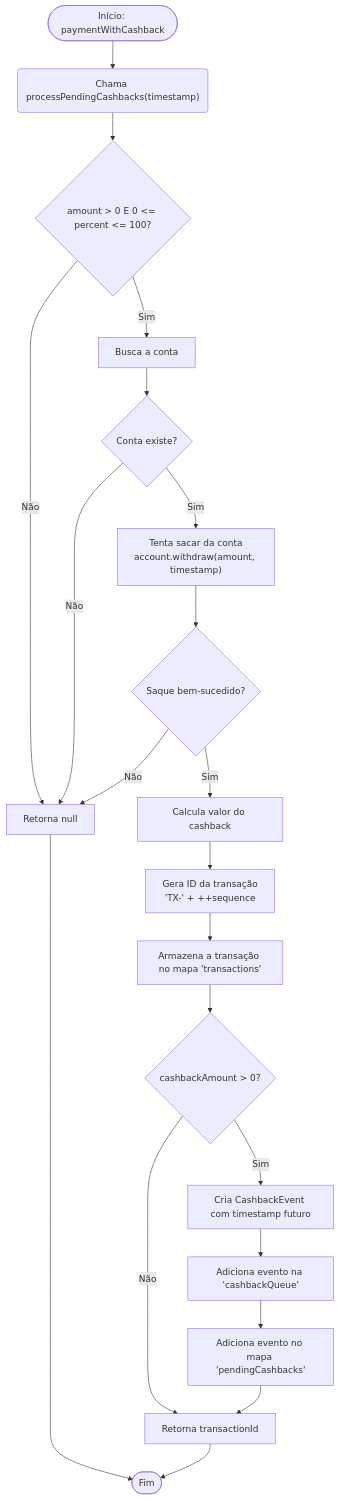
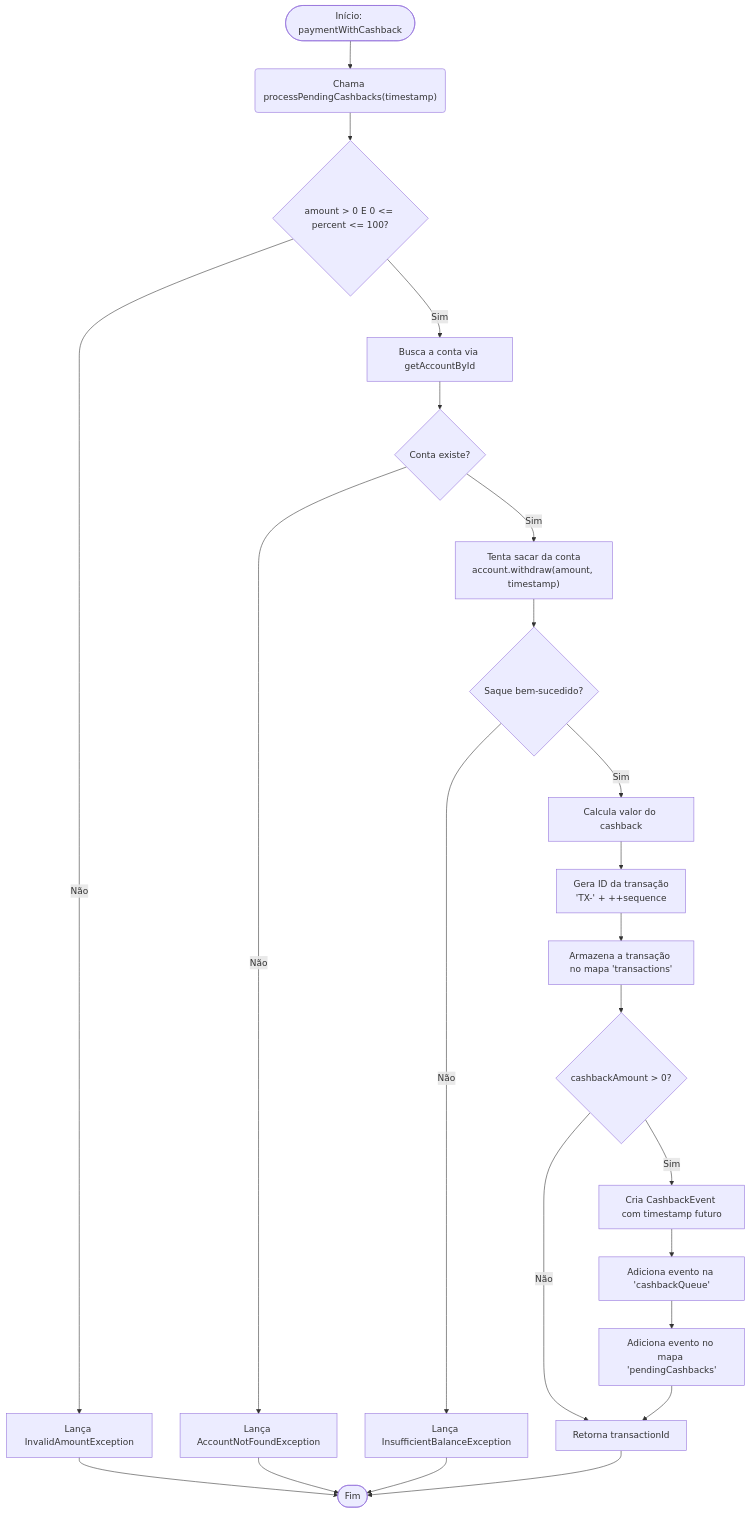
Before and after one commit to guiassys/nubank-training: the first of 3 diagrams in doc/architecture/mermaid_level_3.md, drawn with Mermaid. The commit also changed other lines of this file and 3 other files, not shown here.

Commit message:
fix: add exceptions in mermaid diagrans

````diff
--- a/doc/architecture/mermaid_level_3.md
+++ b/doc/architecture/mermaid_level_3.md
@@ -4,30 +4,32 @@
 ```mermaid
 flowchart TD
     Start([Início: paymentWithCashback]) --> ProcessCashbacks("Chama processPendingCashbacks(timestamp)")
     
     ProcessCashbacks --> ValidateInput{amount > 0 E 0 <= percent <= 100?}
-    ValidateInput -- Não --> ReturnNull[Retorna null]
+    ValidateInput -- Não --> ThrowInvalidAmount[Lança InvalidAmountException]
     
-    ValidateInput -- Sim --> GetAccount[Busca a conta]
+    ValidateInput -- Sim --> GetAccount[Busca a conta via getAccountById]
     GetAccount --> CheckAccount{Conta existe?}
-    CheckAccount -- Não --> ReturnNull
+    CheckAccount -- Não --> ThrowNotFound[Lança AccountNotFoundException]
     
     CheckAccount -- Sim --> Withdraw["Tenta sacar da conta\naccount.withdraw(amount, timestamp)"]
     Withdraw --> CheckWithdraw{Saque bem-sucedido?}
-    CheckWithdraw -- Não --> ReturnNull
+    CheckWithdraw -- Não --> ThrowInsufficientBalance[Lança InsufficientBalanceException]
     
     CheckWithdraw -- Sim --> CalcCashback[Calcula valor do cashback]
     CalcCashback --> GenTxId[Gera ID da transação\n'TX-' + ++sequence]
     GenTxId --> StoreTx[Armazena a transação no mapa 'transactions']
     
     StoreTx --> CheckCashbackAmount{cashbackAmount > 0?}
     CheckCashbackAmount -- Não --> ReturnTxId[Retorna transactionId]
     
     CheckCashbackAmount -- Sim --> CreateEvent[Cria CashbackEvent com timestamp futuro]
     CreateEvent --> OfferToQueue["Adiciona evento na 'cashbackQueue'"]
     OfferToQueue --> AddToMap["Adiciona evento no mapa 'pendingCashbacks'"]
     AddToMap --> ReturnTxId
     
-    ReturnNull --> End([Fim])
+    ThrowInvalidAmount --> End([Fim])
+    ThrowNotFound --> End
+    ThrowInsufficientBalance --> End
     ReturnTxId --> End
 ```
````
